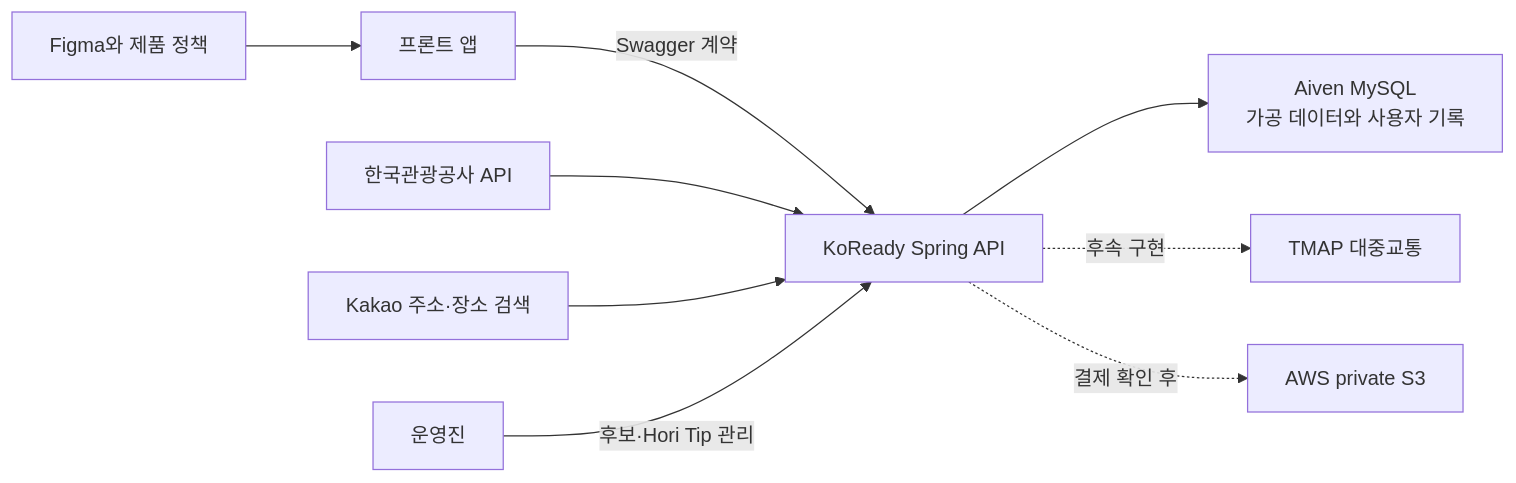
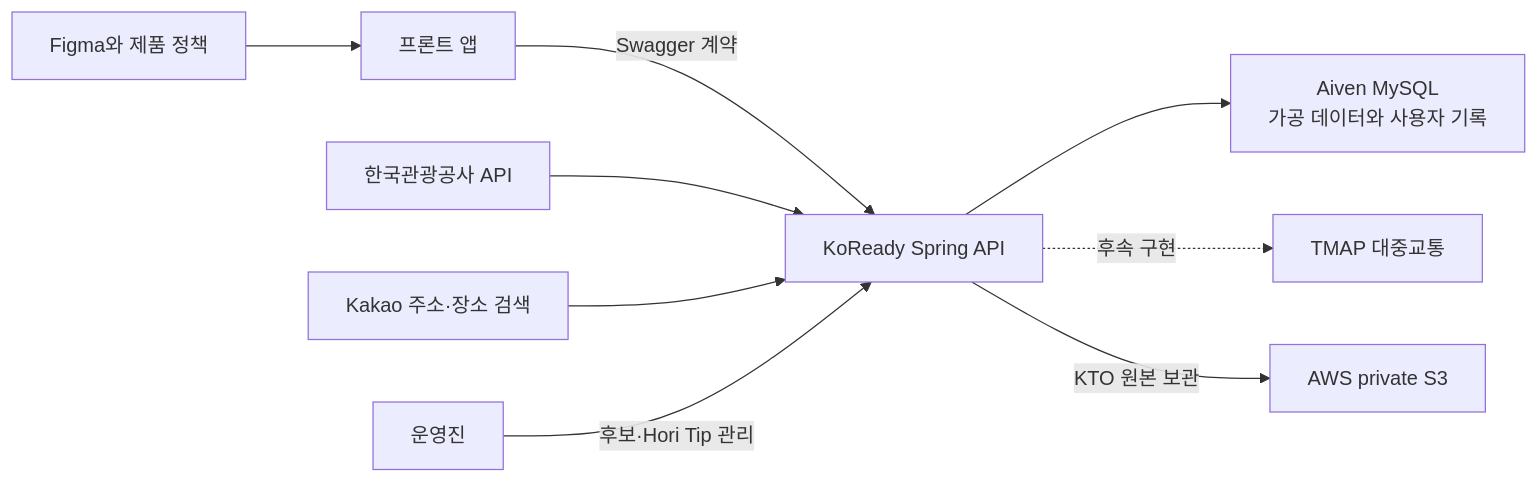
One commit to ppp1969/koready-backend changed the diagram in docs/MEETING_PROGRESS_REPORT_2026-07-19.md. Above: the diagram before and after it, drawn with Mermaid. The commit also changed other lines of this file and 1 other file, not shown here.

Commit message:
docs: AWS S3 실제 배포 검증 기록 (#95)

````diff
--- a/docs/MEETING_PROGRESS_REPORT_2026-07-19.md
+++ b/docs/MEETING_PROGRESS_REPORT_2026-07-19.md
@@ -58,11 +58,11 @@
 ```mermaid
 flowchart LR
     Design["Figma와 제품 정책"] --> Front["프론트 앱"]
     Front -->|"Swagger 계약"| API["KoReady Spring API"]
     API --> DB["Aiven MySQL\n가공 데이터와 사용자 기록"]
     KTO["한국관광공사 API"] --> API
     Kakao["Kakao 주소·장소 검색"] --> API
     API -. "후속 구현" .-> TMAP["TMAP 대중교통"]
-    API -. "결제 확인 후" .-> S3["AWS private S3"]
+    API -->|"KTO 원본 보관"| S3["AWS private S3"]
     Admin["운영진"] -->|"후보·Hori Tip 관리"| API
 ```
````
